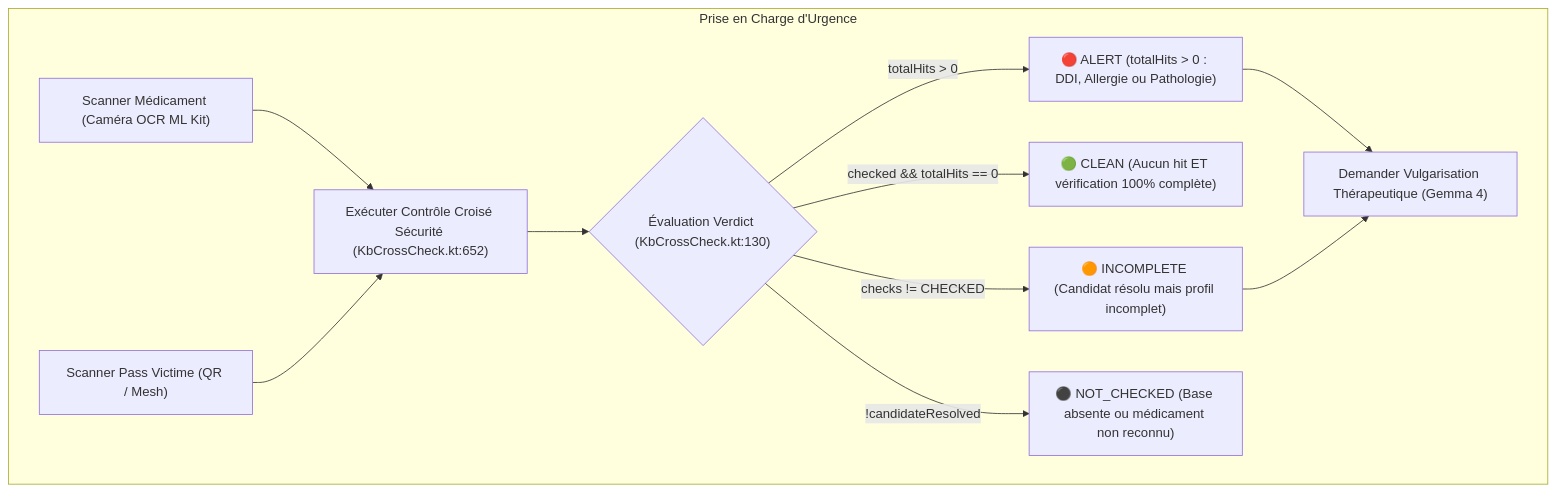
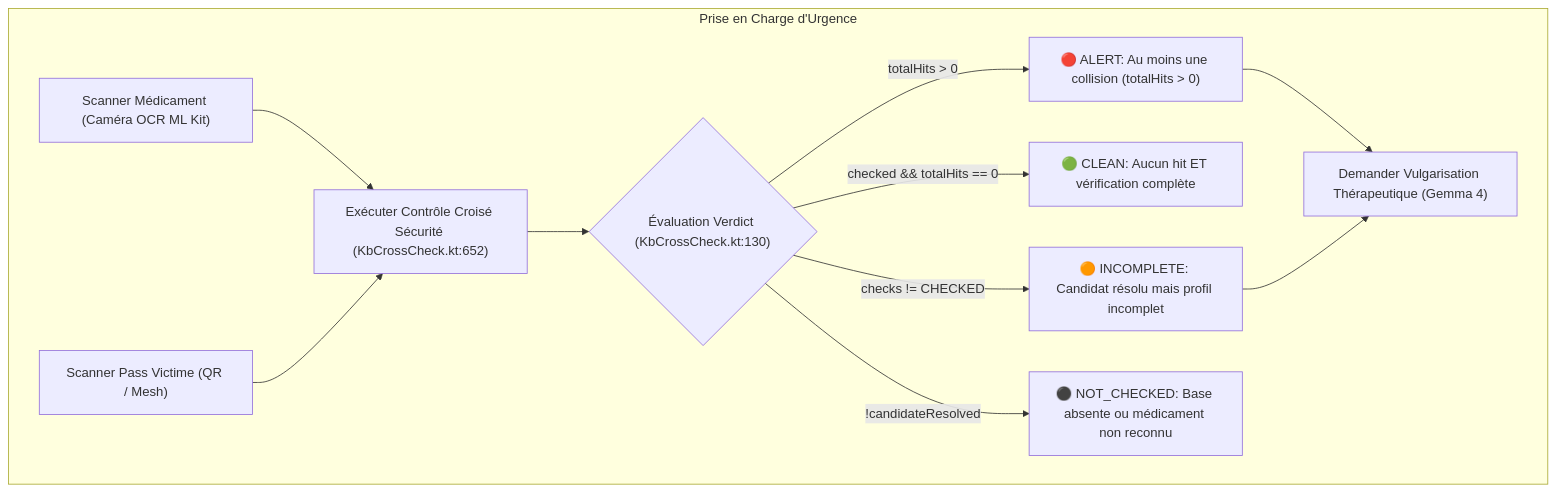
The third of 21 diagrams in docs/DOCUMENTATION_UML_FONCTIONNELLE.md (kurodohenroonsen/JemmaPass), drawn with Mermaid before and after one commit. The commit also changed other lines of this file and 1 other file, not shown here.

````diff
--- a/docs/DOCUMENTATION_UML_FONCTIONNELLE.md
+++ b/docs/DOCUMENTATION_UML_FONCTIONNELLE.md
@@ -160,24 +161,24 @@
 ```mermaid
 flowchart TD
     subgraph Prise_En_Charge ["Prise en Charge d'Urgence"]
         SCAN["Scanner Médicament (Caméra OCR ML Kit)"]
         IMPORT["Scanner Pass Victime (QR / Mesh)"]
         EVAL["Exécuter Contrôle Croisé Sécurité (KbCrossCheck.kt:652)"]
         VERDICT{"Évaluation Verdict (KbCrossCheck.kt:130)"}
-        RED["🔴 ALERT (totalHits > 0 : DDI, Allergie ou Pathologie)"]
-        GREEN["🟢 CLEAN (Aucun hit ET vérification 100% complète)"]
-        AMBER["🟠 INCOMPLETE (Candidat résolu mais profil incomplet)"]
-        GRAY["⚫ NOT_CHECKED (Base absente ou médicament non reconnu)"]
+        RED["🔴 ALERT: Au moins une collision (totalHits > 0)"]
+        GREEN["🟢 CLEAN: Aucun hit ET vérification complète"]
+        AMBER["🟠 INCOMPLETE: Candidat résolu mais profil incomplet"]
+        GRAY["⚫ NOT_CHECKED: Base absente ou médicament non reconnu"]
         VULG["Demander Vulgarisation Thérapeutique (Gemma 4)"]
     end
 
     SCAN --> EVAL
     IMPORT --> EVAL
     EVAL --> VERDICT
     VERDICT -->|totalHits > 0| RED
     VERDICT -->|checked && totalHits == 0| GREEN
     VERDICT -->|checks != CHECKED| AMBER
     VERDICT -->|!candidateResolved| GRAY
     RED --> VULG
     AMBER --> VULG
 ```
````
